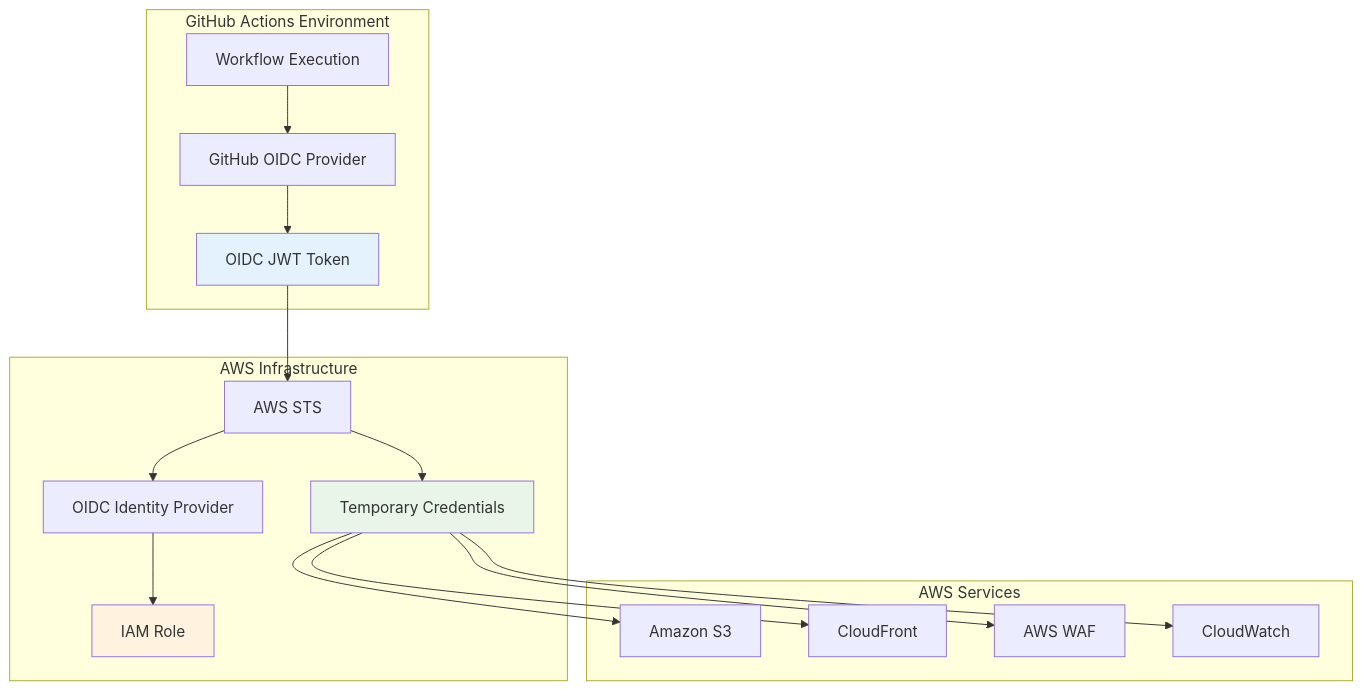
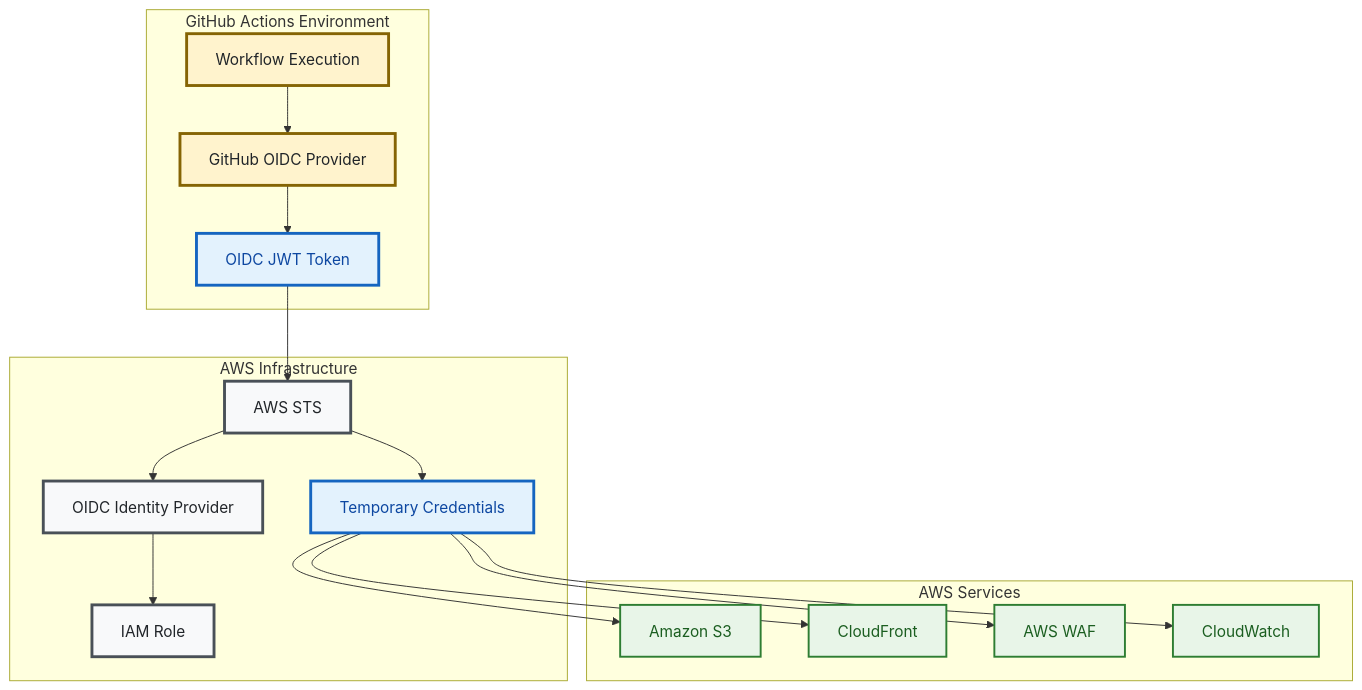
One commit to Celtikill/static-site changed the second of 2 diagrams in docs/oidc-authentication.md. Above: the diagram before and after it, drawn with Mermaid. The commit also changed other lines of this file and 11 other files, not shown here.

````diff
--- a/docs/oidc-authentication.md
+++ b/docs/oidc-authentication.md
@@ -96,37 +100,48 @@
 ```mermaid
 graph TB
+    %% Accessibility
+    accTitle: OIDC Authentication Flow
+    accDescr: Shows OIDC authentication flow from GitHub Actions through AWS STS to access AWS services. GitHub workflow execution generates OIDC JWT token through GitHub OIDC Provider, which AWS STS validates against OIDC Identity Provider to assume IAM Role and generate temporary credentials for accessing S3, CloudFront, WAF, and CloudWatch services.
+    
     subgraph "GitHub Actions Environment"
         WF[Workflow Execution]
         GP[GitHub OIDC Provider]
         JWT[OIDC JWT Token]
     end
     
     subgraph "AWS Infrastructure"
         STS[AWS STS]
         PROVIDER[OIDC Identity Provider]
         ROLE[IAM Role]
         TEMP[Temporary Credentials]
     end
     
     subgraph "AWS Services"
         S3[Amazon S3]
         CF[CloudFront]
         WAF[AWS WAF]
         CW[CloudWatch]
     end
     
     WF --> GP
     GP --> JWT
     JWT --> STS
     STS --> PROVIDER
     PROVIDER --> ROLE
     STS --> TEMP
     TEMP --> S3
     TEMP --> CF
     TEMP --> WAF
     TEMP --> CW
     
-    style JWT fill:#e3f2fd
-    style TEMP fill:#e8f5e8
-    style ROLE fill:#fff3e0
+    %% High-Contrast Styling for Accessibility
+    classDef githubBox fill:#fff3cd,stroke:#856404,stroke-width:3px,color:#212529
+    classDef awsInfraBox fill:#f8f9fa,stroke:#495057,stroke-width:3px,color:#212529
+    classDef awsServiceBox fill:#e8f5e8,stroke:#2e7d32,stroke-width:2px,color:#1b5e20
+    classDef tokenBox fill:#e3f2fd,stroke:#1565c0,stroke-width:3px,color:#0d47a1
+    
+    class WF,GP githubBox
+    class STS,PROVIDER,ROLE awsInfraBox
+    class S3,CF,WAF,CW awsServiceBox
+    class JWT,TEMP tokenBox
 ```
````
